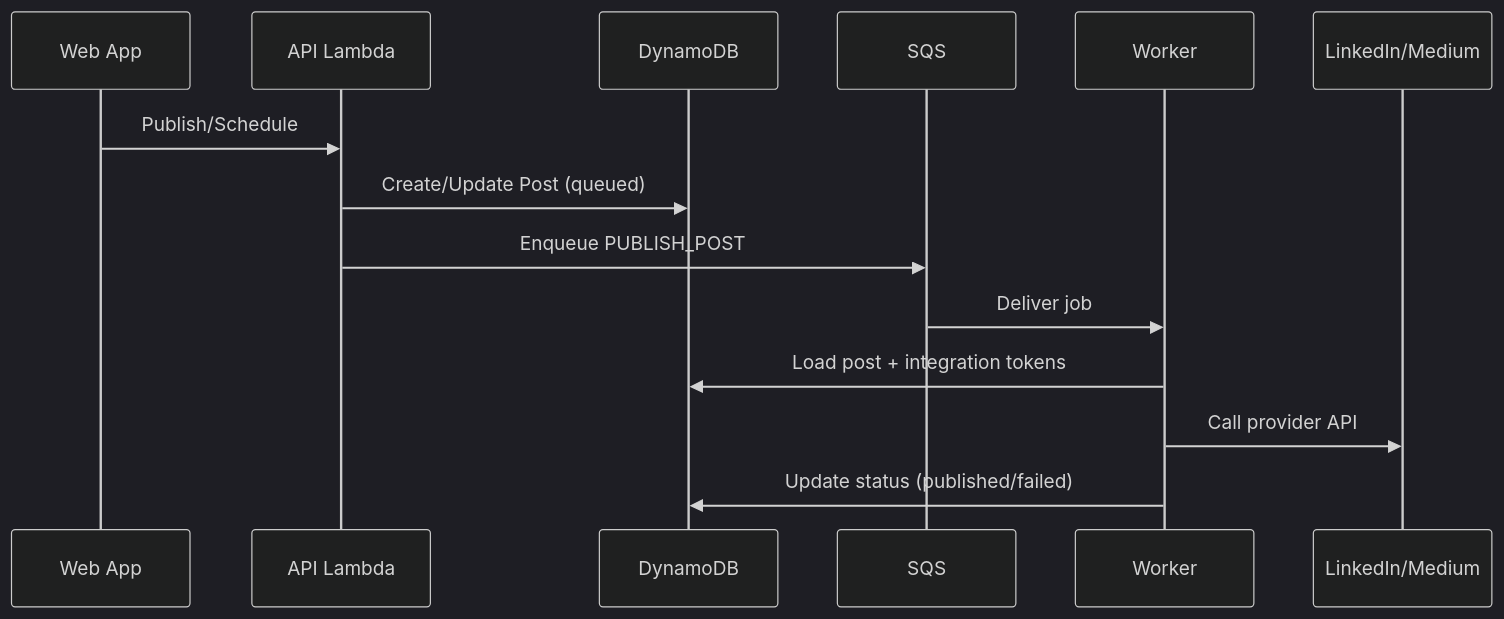
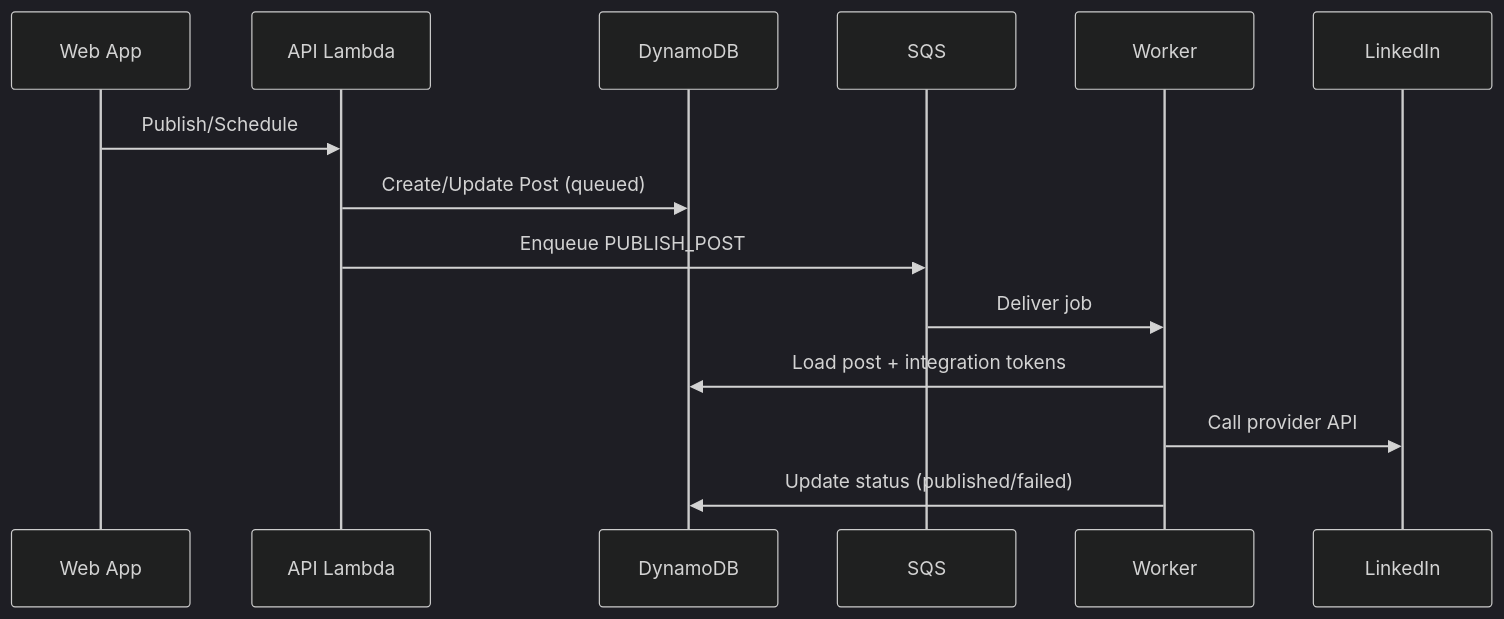
Before and after one commit to AhmedYassinH/noteship: the diagram in docs/technical/backend/12-connector-and-integration-architecture.md, drawn with Mermaid (dark theme). The commit also changed 25 other files, not shown here.

````diff
--- a/docs/technical/backend/12-connector-and-integration-architecture.md
+++ b/docs/technical/backend/12-connector-and-integration-architecture.md
@@ -46,17 +46,17 @@
 ```mermaid
 sequenceDiagram
   participant UI as Web App
   participant API as API Lambda
   participant DDB as DynamoDB
   participant Q as SQS
   participant W as Worker
-  participant LI as LinkedIn/Medium
+  participant LI as LinkedIn
 
   UI->>API: Publish/Schedule
   API->>DDB: Create/Update Post (queued)
   API->>Q: Enqueue PUBLISH_POST
   Q->>W: Deliver job
   W->>DDB: Load post + integration tokens
   W->>LI: Call provider API
   W->>DDB: Update status (published/failed)
 ```
````
